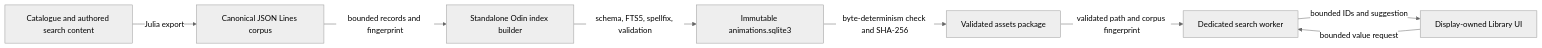
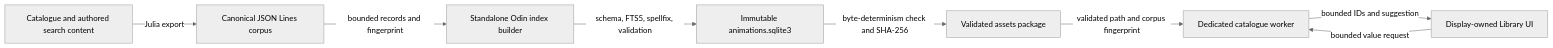
One commit to derekshoneycutt/Euclid changed the first of 3 diagrams in docs/wiki/Guides/Sqlite3.md. Above: the diagram before and after it, drawn with Mermaid (neutral theme). The commit also changed other lines of this file and 181 other files, not shown here.

````diff
--- a/docs/wiki/Guides/Sqlite3.md
+++ b/docs/wiki/Guides/Sqlite3.md
@@ -28,18 +28,18 @@
 ```mermaid
 flowchart LR
     Content[Catalogue and authored search content]
     Corpus[Canonical JSON Lines corpus]
     Builder[Standalone Odin index builder]
     Database[Immutable animations.sqlite3]
     Package[Validated assets package]
-    Worker[Dedicated search worker]
+    Worker[Dedicated catalogue worker]
     Display[Display-owned Library UI]
 
     Content -->|Julia export| Corpus
     Corpus -->|bounded records and fingerprint| Builder
     Builder -->|schema, FTS5, spellfix, validation| Database
     Database -->|byte-determinism check and SHA-256| Package
     Package -->|validated path and corpus fingerprint| Worker
     Display -->|bounded value request| Worker
     Worker -->|bounded IDs and suggestion| Display
 ```
````
